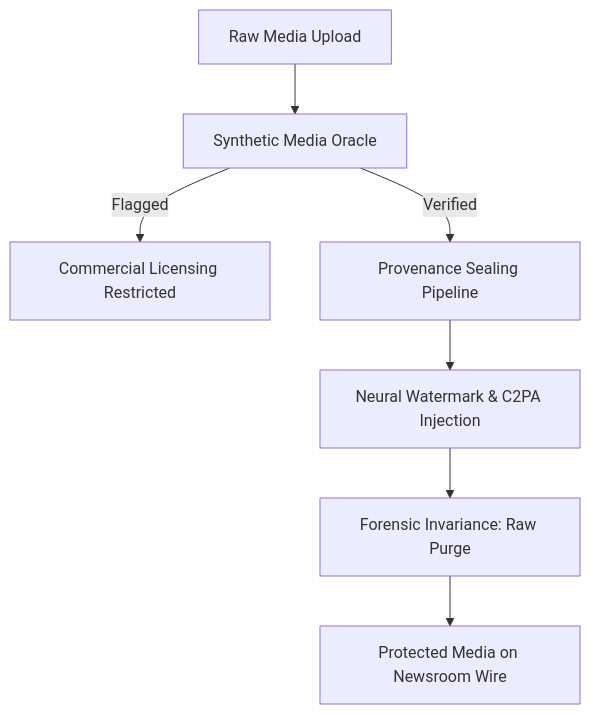
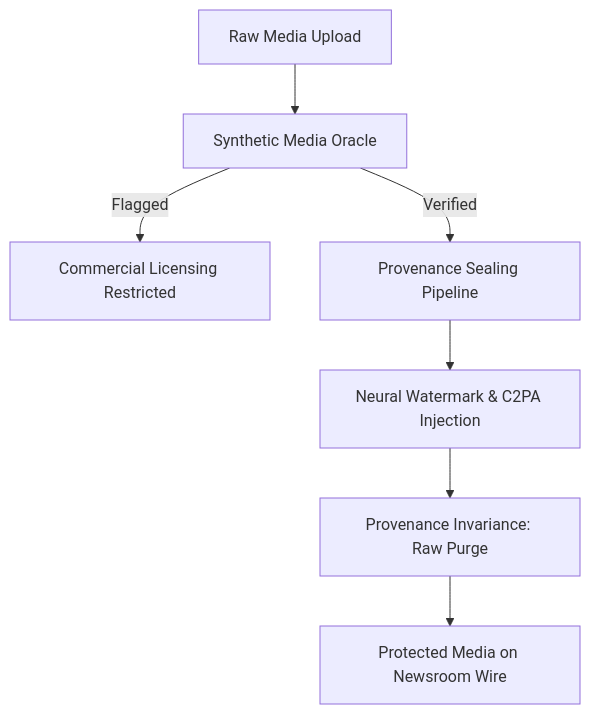
One commit to NewsCompass/docs changed the diagram in concepts/silicon-trust.mdx. Above: the diagram before and after it, drawn with Mermaid. The commit also changed other lines of this file and 8 other files, not shown here.

Commit message:
docs: remove restricted terms (whistleblower, forensic) and standardise on provenance/verification terminology

````diff
--- a/concepts/silicon-trust.mdx
+++ b/concepts/silicon-trust.mdx
@@ -8,9 +8,9 @@
 ```mermaid
 graph TD
     A[Raw Media Upload] --> B[Synthetic Media Oracle]
     B -->|Flagged| C[Commercial Licensing Restricted]
     B -->|Verified| D[Provenance Sealing Pipeline]
     D --> E[Neural Watermark & C2PA Injection]
-    E --> F[Forensic Invariance: Raw Purge]
+    E --> F[Provenance Invariance: Raw Purge]
     F --> G[Protected Media on Newsroom Wire]
 ```
````
